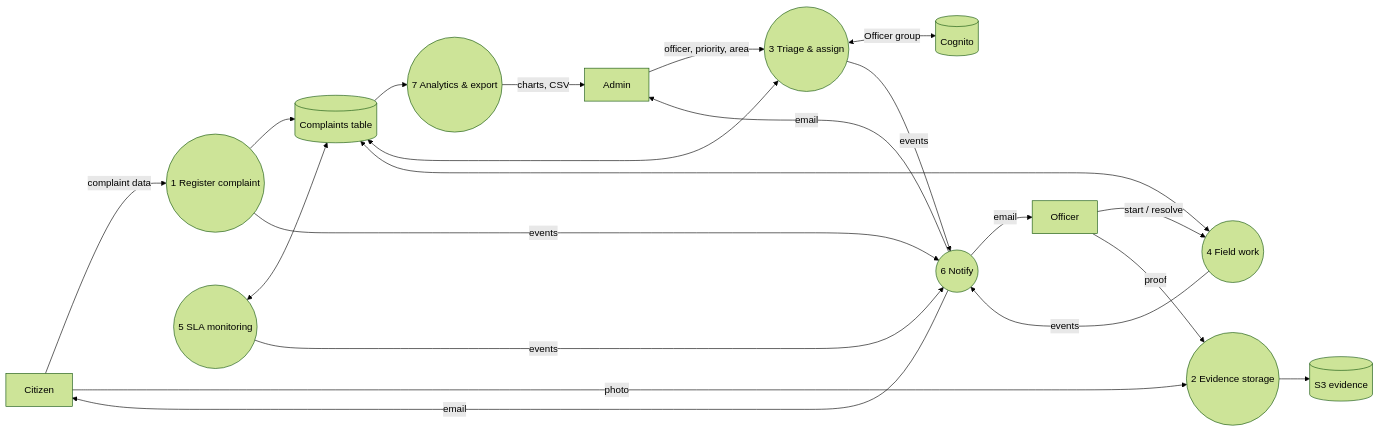
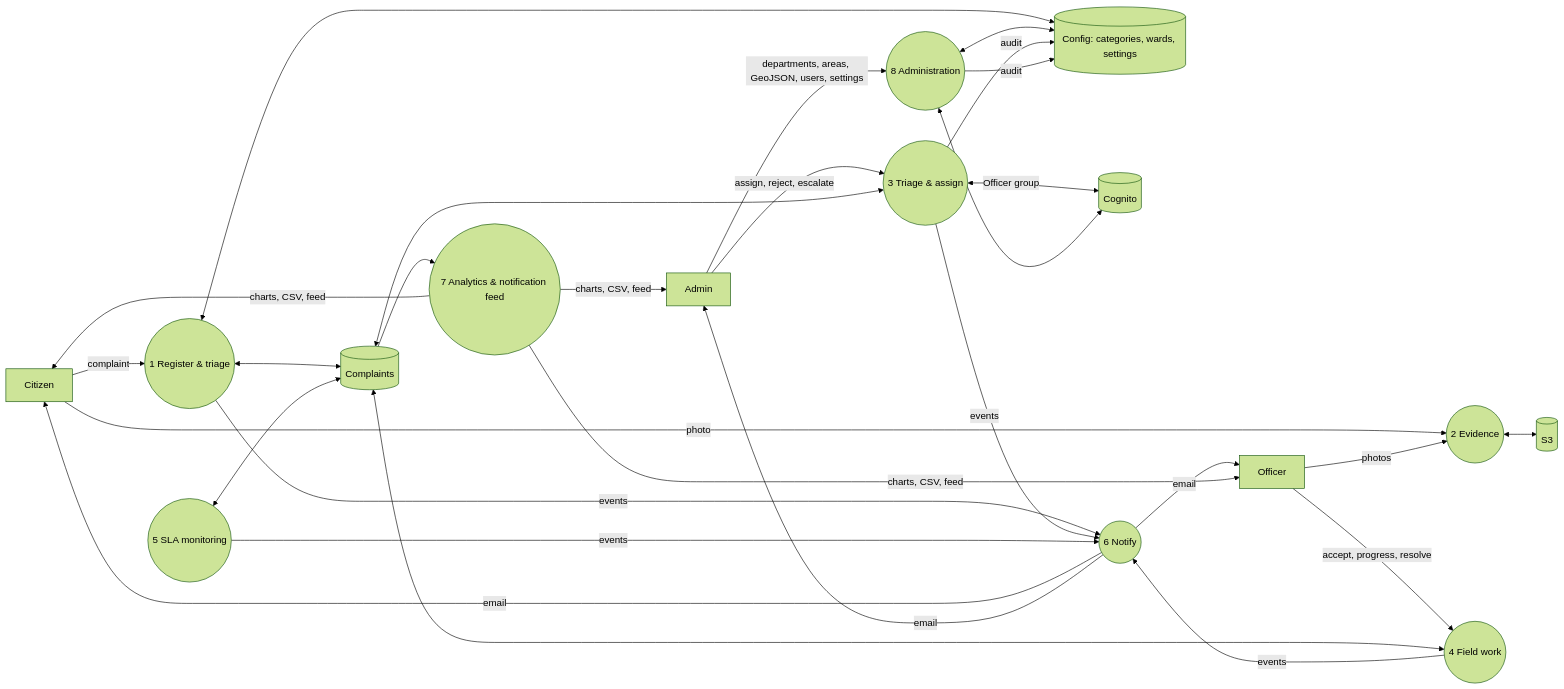
The tenth of 10 diagrams in docs/UML_DIAGRAMS.md (Yashwin2318/CivicTrack), drawn with Mermaid (forest theme) before and after one commit. The commit also changed other lines of this file and 58 other files, not shown here.

````diff
--- a/docs/UML_DIAGRAMS.md
+++ b/docs/UML_DIAGRAMS.md
@@ -302,18 +364,23 @@
 ```mermaid
 flowchart LR
-  C[Citizen] -->|complaint data| P1((1 Register complaint))
-  C -->|photo| P2((2 Evidence storage))
-  P2 --> D2[(S3 evidence)]
-  P1 --> D1[(Complaints table)]
-  A[Admin] -->|officer, priority, area| P3((3 Triage & assign))
+  C[Citizen] -->|complaint| P1((1 Register & triage))
+  P1 <--> D1[(Complaints)]
+  P1 <--> D4[(Config: categories, wards, settings)]
+  C -->|photo| P2((2 Evidence))
+  P2 <--> D2[(S3)]
+  A[Admin] -->|assign, reject, escalate| P3((3 Triage & assign))
   P3 <--> D1
   P3 <-->|Officer group| D3[(Cognito)]
-  O[Officer] -->|start / resolve| P4((4 Field work))
+  A -->|departments, areas, GeoJSON, users, settings| P8((8 Administration))
+  P8 <--> D4
+  P8 <--> D3
+  O[Officer] -->|accept, progress, resolve| P4((4 Field work))
   P4 <--> D1
-  O -->|proof| P2
+  O -->|photos| P2
   P5((5 SLA monitoring)) <--> D1
   P1 & P3 & P4 & P5 -->|events| P6((6 Notify))
   P6 -->|email| C & O & A
-  D1 --> P7((7 Analytics & export))
-  P7 -->|charts, CSV| A
+  D1 --> P7((7 Analytics & notification feed))
+  P7 -->|charts, CSV, feed| A & C & O
+  P3 & P8 -->|audit| D4
 ```
````
